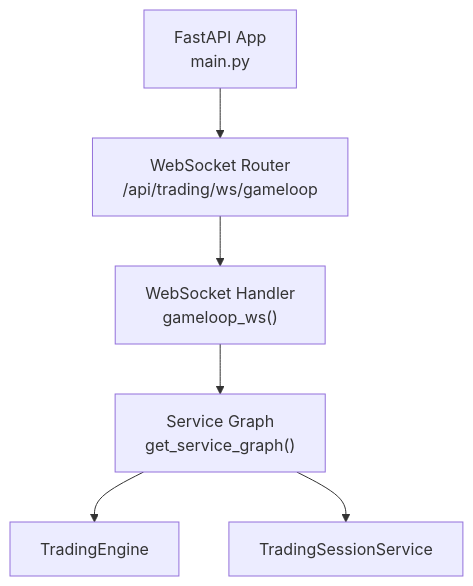
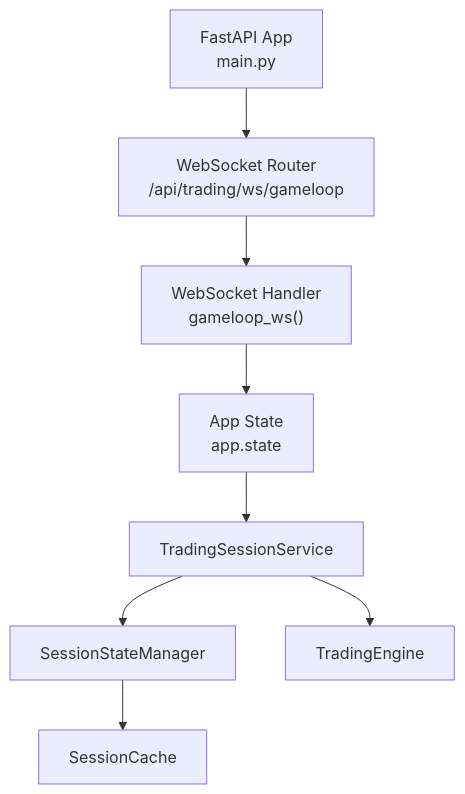
One commit to gemrajkhatry-maker/v5-of-glassytrade-ai changed the sixth of 6 diagrams in .qoder/repowiki/en/content/API Reference/WebSocket Interface.md. Above: the diagram before and after it, drawn with Mermaid. The commit also changed other lines of this file and 219 other files, not shown here.

First line of the commit message:
refactor: major architecture improvements across backend, backendv2, brokers, and frontend

````diff
--- a/.qoder/repowiki/en/content/API Reference/WebSocket Interface.md
+++ b/.qoder/repowiki/en/content/API Reference/WebSocket Interface.md
@@ -303,8 +365,10 @@
 ```mermaid
 graph TB
 Main["FastAPI App<br/>main.py"] --> Router["WebSocket Router<br/>/api/trading/ws/gameloop"]
 Router --> Handler["WebSocket Handler<br/>gameloop_ws()"]
-Handler --> Graph["Service Graph<br/>get_service_graph()"]
-Graph --> Engine["TradingEngine"]
-Graph --> Session["TradingSessionService"]
+Handler --> AppState["App State<br/>app.state"]
+AppState --> TradingSession["TradingSessionService"]
+TradingSession --> SessionStateManager["SessionStateManager"]
+SessionStateManager --> SessionCache["SessionCache"]
+TradingSession --> Engine["TradingEngine"]
 ```
````
